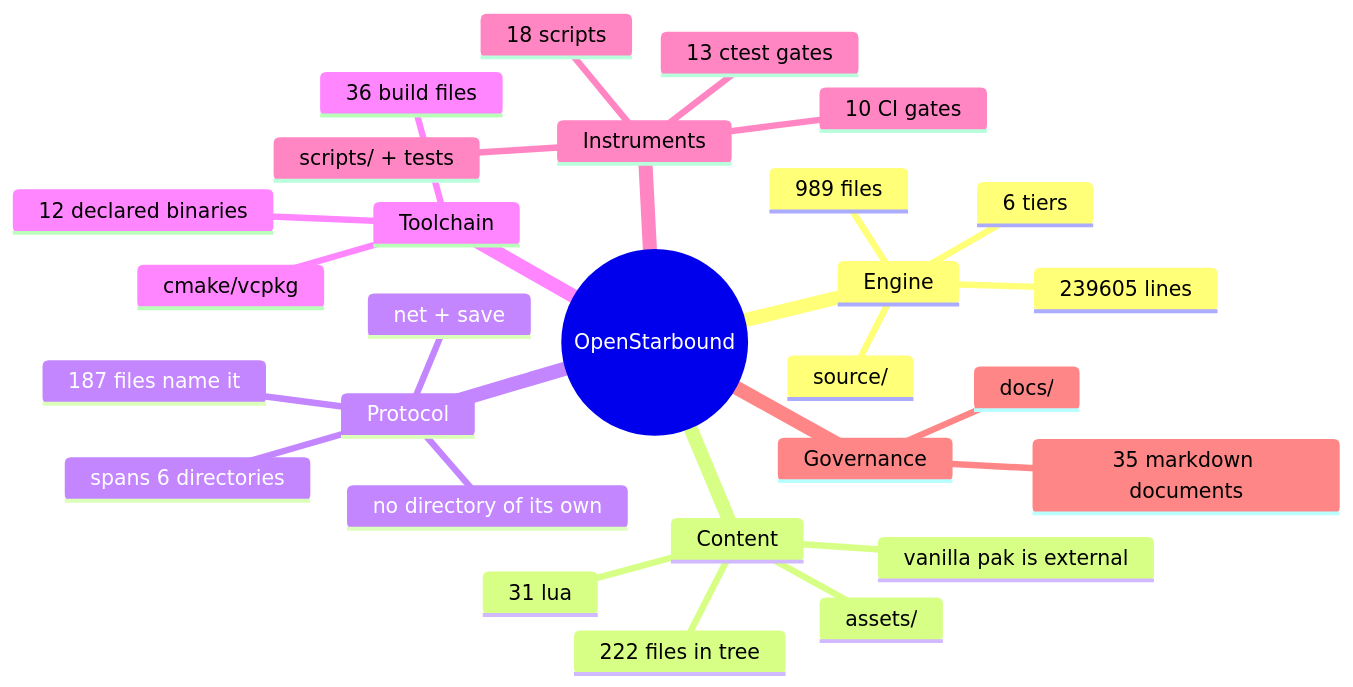
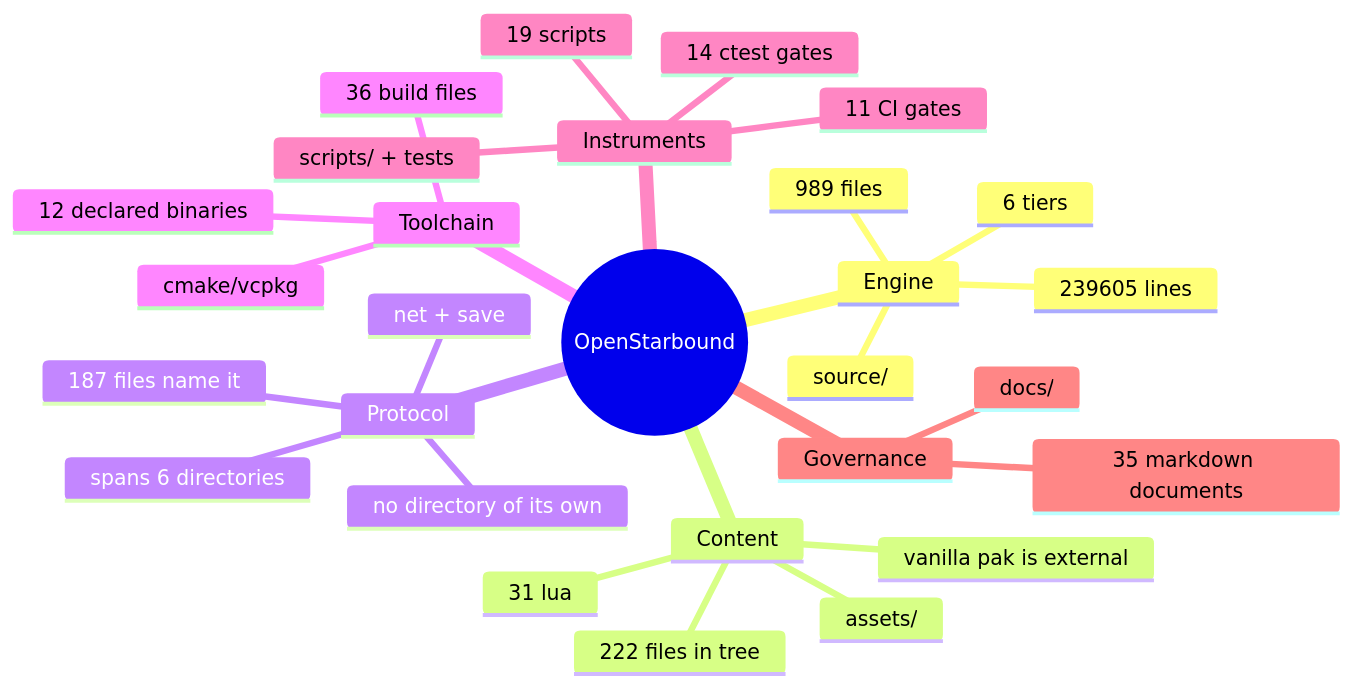
One commit to apnex/OpenStarbound changed the second of 11 diagrams in docs/architecture/system-boundaries.md. Above: the diagram before and after it, drawn with Mermaid. The commit also changed 4 other files, not shown here.

````diff
--- a/docs/architecture/system-boundaries.md
+++ b/docs/architecture/system-boundaries.md
@@ -166,31 +166,31 @@
 ```mermaid
 mindmap
   root((OpenStarbound))
     Engine
       source/
       989 files
       239605 lines
       6 tiers
     Content
       assets/
       222 files in tree
       31 lua
       vanilla pak is external
     Protocol
       net + save
       187 files name it
       spans 6 directories
       no directory of its own
     Toolchain
       cmake/vcpkg
       36 build files
       12 declared binaries
     Instruments
       scripts/ + tests
-      18 scripts
-      13 ctest gates
-      10 CI gates
+      19 scripts
+      14 ctest gates
+      11 CI gates
     Governance
       docs/
       35 markdown documents
 ```
````
